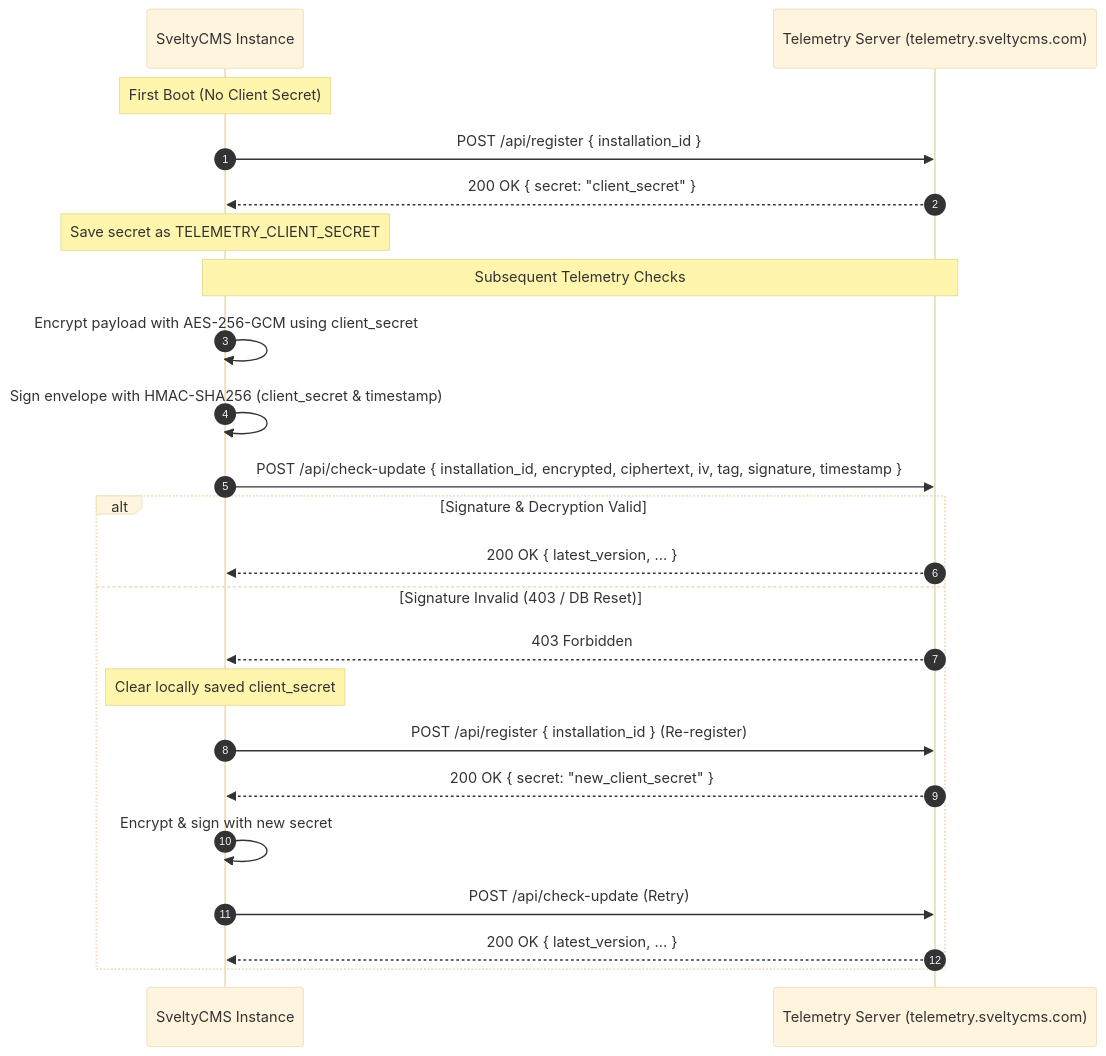
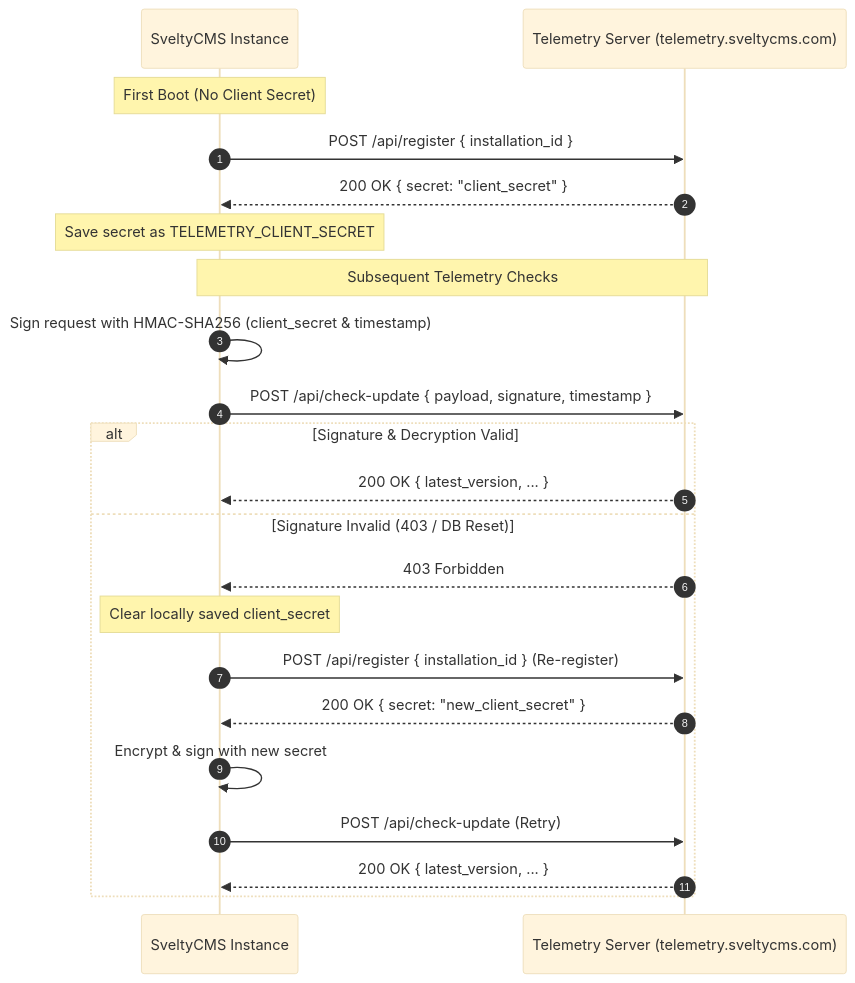
One commit to SveltyCMS/SveltyCMS changed the diagram in docs/reference/architecture/telemetry-ecology.mdx. Above: the diagram before and after it, drawn with Mermaid (base theme). The commit also changed other lines of this file and 169 other files, not shown here.

````diff
--- a/docs/reference/architecture/telemetry-ecology.mdx
+++ b/docs/reference/architecture/telemetry-ecology.mdx
@@ -181,27 +181,26 @@
 ```mermaid
 sequenceDiagram
     autonumber
     participant CMS as SveltyCMS Instance
     participant Server as Telemetry Server (telemetry.sveltycms.com)
 
     Note over CMS: First Boot (No Client Secret)
     CMS->>Server: POST /api/register { installation_id }
     Server-->>CMS: 200 OK { secret: "client_secret" }
     Note over CMS: Save secret as TELEMETRY_CLIENT_SECRET
 
     Note over CMS, Server: Subsequent Telemetry Checks
-    CMS->>CMS: Encrypt payload with AES-256-GCM using client_secret
-    CMS->>CMS: Sign envelope with HMAC-SHA256 (client_secret & timestamp)
-    CMS->>Server: POST /api/check-update { installation_id, encrypted, ciphertext, iv, tag, signature, timestamp }
+    CMS->>CMS: Sign request with HMAC-SHA256 (client_secret & timestamp)
+    CMS->>Server: POST /api/check-update { payload, signature, timestamp }
     alt Signature & Decryption Valid
         Server-->>CMS: 200 OK { latest_version, ... }
     else Signature Invalid (403 / DB Reset)
         Server-->>CMS: 403 Forbidden
         Note over CMS: Clear locally saved client_secret
         CMS->>Server: POST /api/register { installation_id } (Re-register)
         Server-->>CMS: 200 OK { secret: "new_client_secret" }
         CMS->>CMS: Encrypt & sign with new secret
         CMS->>Server: POST /api/check-update (Retry)
         Server-->>CMS: 200 OK { latest_version, ... }
     end
 ```
````
